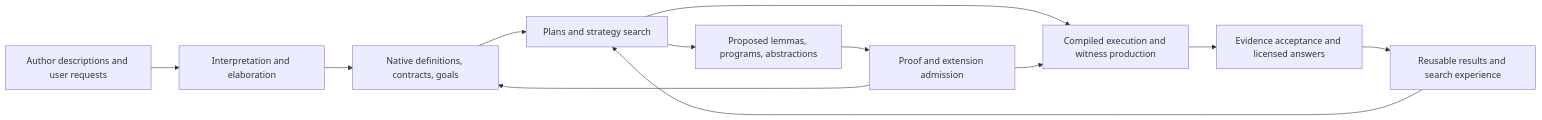
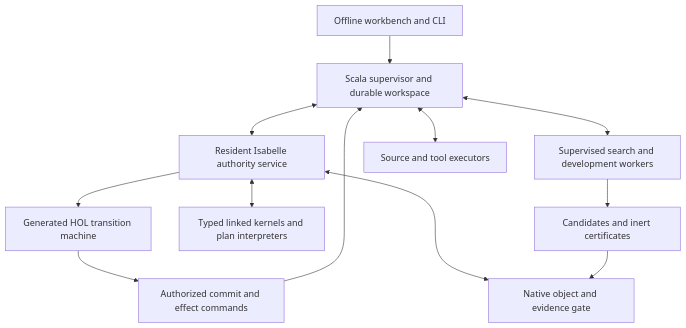
One commit to emberian/veri7vn changed the diagram in docs/ARCHITECTURE_PROPOSAL.md. Above: the diagram before and after it, drawn with Mermaid. The commit also changed other lines of this file and 30 other files, not shown here.

Commit message:
Converge native architecture and retire obsolete prototype

````diff
--- a/docs/ARCHITECTURE_PROPOSAL.md
+++ b/docs/ARCHITECTURE_PROPOSAL.md
@@ -34,14 +45,14 @@
 ```mermaid
-flowchart LR
-  A[Author descriptions and user requests] --> B[Interpretation and elaboration]
-  B --> C[Native definitions, contracts, goals]
-  C --> D[Plans and strategy search]
-  D --> E[Compiled execution and witness production]
-  E --> F[Evidence acceptance and licensed answers]
-  D --> G[Proposed lemmas, programs, abstractions]
-  G --> H[Proof and extension admission]
-  H --> C
-  H --> E
-  F --> I[Reusable results and search experience]
-  I --> D
+flowchart TD
+  UI[Offline workbench and CLI] --> Host[Scala supervisor and durable workspace]
+  Host <--> Native[Resident Isabelle authority service]
+  Native --> Core[Generated HOL transition machine]
+  Native <--> Gate[Native object and evidence gate]
+  Native <--> Linked[Typed linked kernels and plan interpreters]
+  Host <--> Workers[Supervised search and development workers]
+  Workers --> Evidence[Candidates and inert certificates]
+  Evidence --> Gate
+  Core --> Commands[Authorized commit and effect commands]
+  Commands --> Host
+  Host <--> Executors[Source and tool executors]
 ```
````
